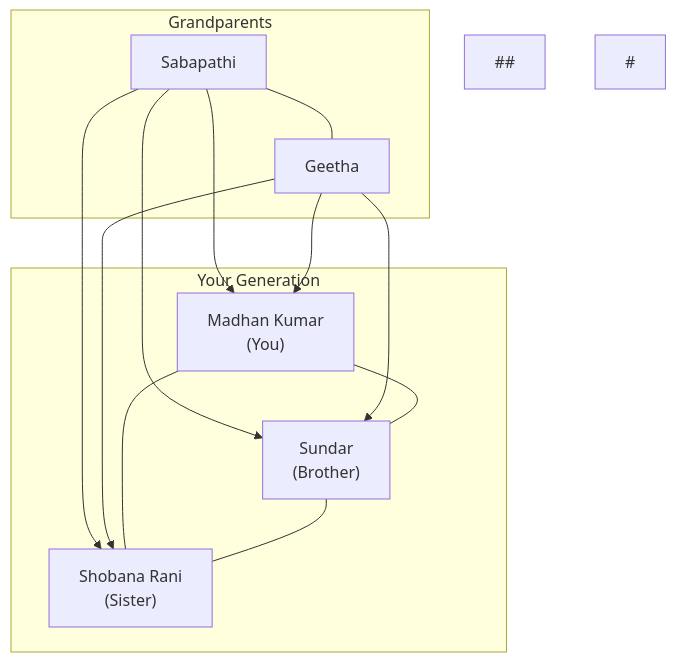
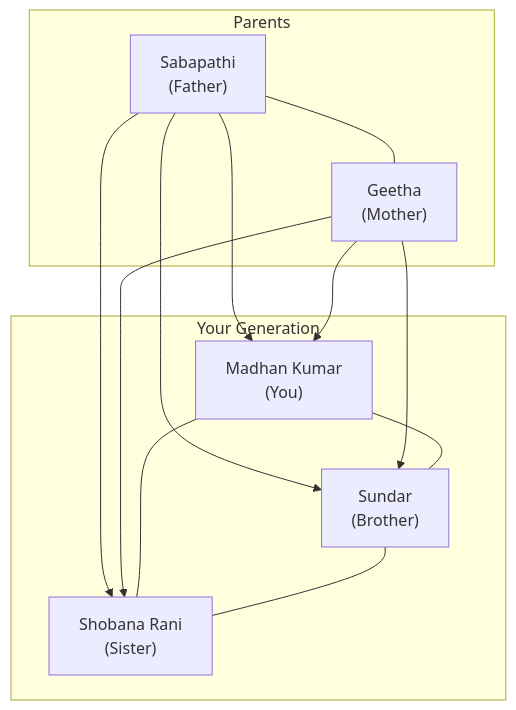
Before and after one commit to madhankumar866/family-tree-genealogy-system: the diagram in docs/family.mmd, drawn with Mermaid.

Commit message:
Fix: Sabapathi and Geetha are parents, not grandparents

```diff
--- a/docs/family.mmd
+++ b/docs/family.mmd
@@ -1,26 +1,22 @@
 flowchart TB
-  subgraph G0["Grandparents"]
-    GP1["Sabapathi"]
-    GP2["Geetha"]
+  subgraph G1["Parents"]
+    P1["Sabapathi<br/>(Father)"]
+    P2["Geetha<br/>(Mother)"]
   end
 
-  subgraph G1["Your Generation"]
+  subgraph G2["Your Generation"]
     S1["Madhan Kumar<br/>(You)"]
     S2["Sundar<br/>(Brother)"]
     S3["Shobana Rani<br/>(Sister)"]
   end
 
-  GP1 --> S1
-  GP2 --> S1
-  GP1 --> S2
-  GP2 --> S2
-  GP1 --> S3
-  GP2 --> S3
+  P1 --> S1
+  P2 --> S1
+  P1 --> S2
+  P2 --> S2
+  P1 --> S3
+  P2 --> S3
   S1 --- S2
   S1 --- S3
   S2 --- S3
-  GP1 --- GP2
-##
-#
-#
-#
+  P1 --- P2
```
